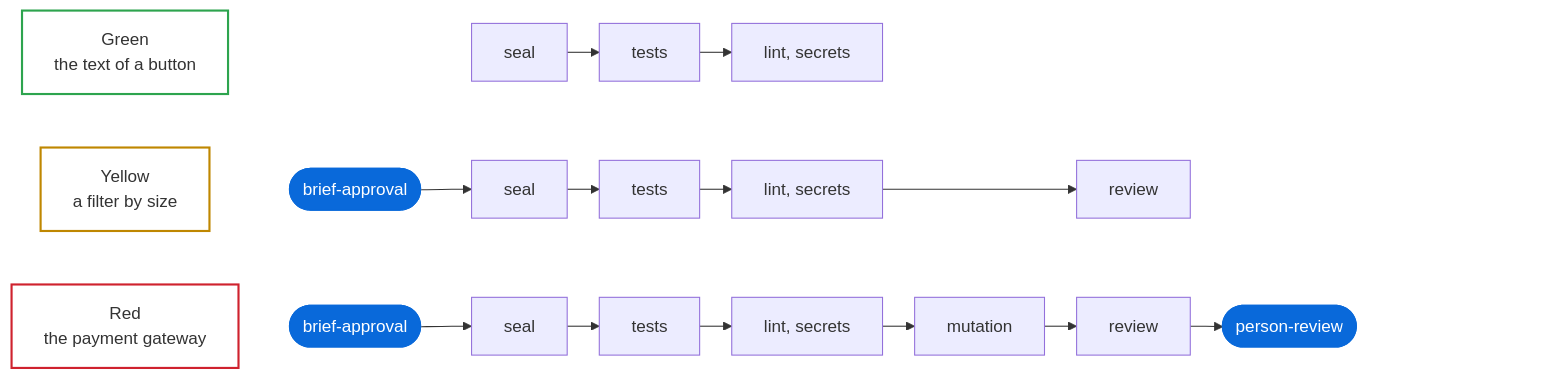
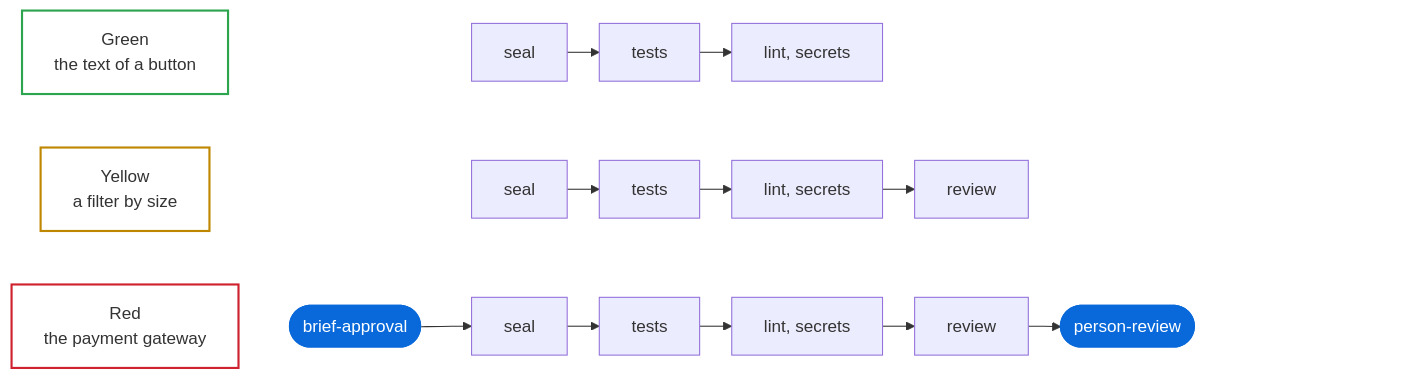
The third of 4 diagrams in skills/README.md (MarsGotta/gdd), drawn with Mermaid before and after one commit. The commit also changed other lines of this file and 53 other files, not shown here.

````diff
--- a/skills/README.md
+++ b/skills/README.md
@@ -196,18 +202,18 @@
 ```mermaid
 %%{init: {"flowchart": {"rankSpacing": 30}}}%%
 flowchart LR
     accTitle: What each color asks for, in the blueprint's template
-    accDescr: Green asks for the seal, the tests, the linter and the secret scan. Yellow adds your approval of the brief before anyone builds, and a reviewer. Red adds mutation testing and your review of the change at the end.
+    accDescr: Green asks for the seal, the tests, the linter and the secret scan. Yellow adds a reviewer. Red adds your approval of the brief before anyone builds, and your review of the change at the end.
     G["Green<br/>the text of a button"] ~~~ g0["brief-approval"] ~~~ g1["seal"] --> g2["tests"] --> g3["lint, secrets"]
-    Y["Yellow<br/>a filter by size"] ~~~ y0(["brief-approval"]) --> y1["seal"] --> y2["tests"] --> y3["lint, secrets"] ---> y5["review"]
-    R["Red<br/>the payment gateway"] ~~~ r0(["brief-approval"]) --> r1["seal"] --> r2["tests"] --> r3["lint, secrets"] --> r4["mutation"] --> r5["review"] --> r6(["person-review"])
-    %% Two empty nodes: g0 lines Green's checks up with the others, Z keeps the right side free for GitHub's zoom buttons
+    Y["Yellow<br/>a filter by size"] ~~~ y0["brief-approval"] ~~~ y1["seal"] --> y2["tests"] --> y3["lint, secrets"] --> y5["review"]
+    R["Red<br/>the payment gateway"] ~~~ r0(["brief-approval"]) --> r1["seal"] --> r2["tests"] --> r3["lint, secrets"] --> r5["review"] --> r6(["person-review"])
+    %% Three empty nodes: g0 and y0 line the checks up with Red's, Z keeps the right side free for GitHub's zoom buttons
     r6 ~~~ Z["zoom buttons"]
     classDef you fill:#0969da,stroke:#0969da,color:#ffffff
     classDef room fill:none,stroke:none,color:transparent
-    class y0,r0,r6 you
-    class g0,Z room
+    class r0,r6 you
+    class g0,y0,Z room
     style G fill:none,stroke:#2da44e,stroke-width:2px
     style Y fill:none,stroke:#bf8700,stroke-width:2px
     style R fill:none,stroke:#cf222e,stroke-width:2px
 ```
````
